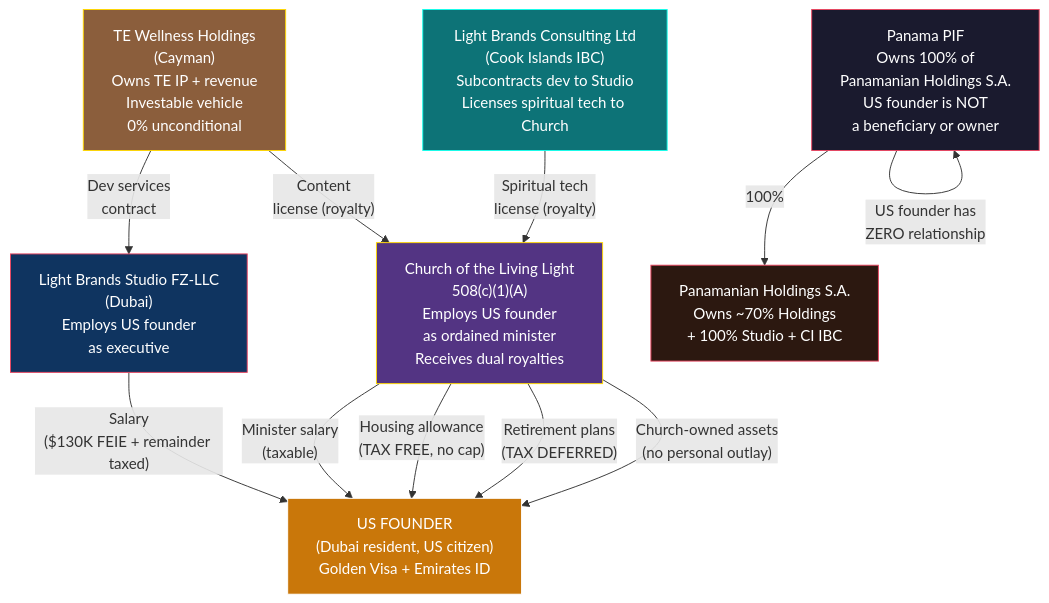
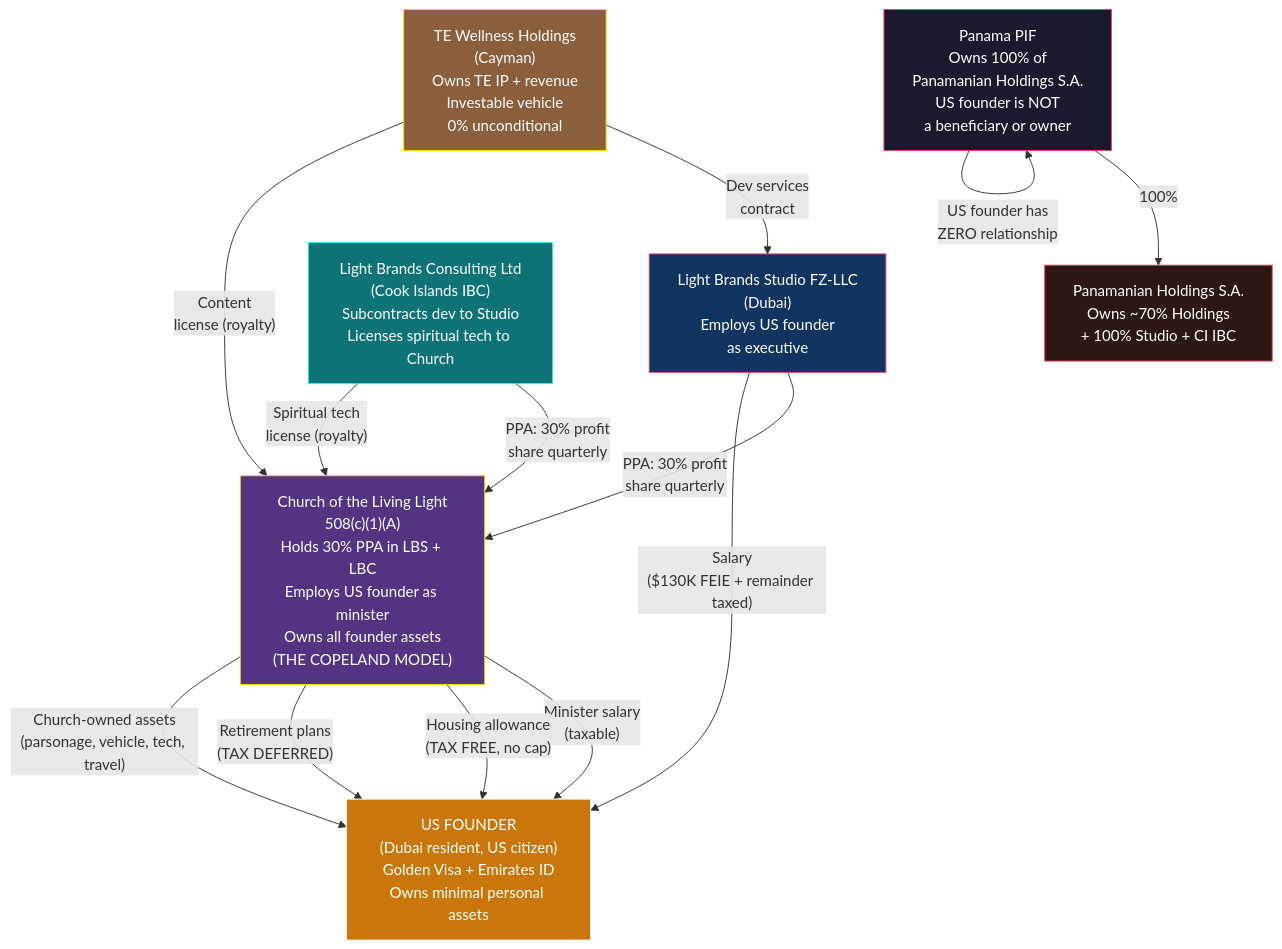
The diagram in docs/tax-structure/03-FOUNDER-GUIDE-US.md (Light-Brands/epic-center), drawn with Mermaid before and after one commit. The commit also changed other lines of this file and 4 other files, not shown here.

````diff
--- a/docs/tax-structure/03-FOUNDER-GUIDE-US.md
+++ b/docs/tax-structure/03-FOUNDER-GUIDE-US.md
@@ -18,35 +20,37 @@
 ```mermaid
 graph TB
     HOLDINGS["TE Wellness Holdings<br/>(Cayman)<br/>Owns TE IP + revenue<br/>Investable vehicle<br/>0% unconditional"]
 
     UAE["Light Brands Studio FZ-LLC<br/>(Dubai)<br/>Employs US founder<br/>as executive"]
 
     CI["Light Brands Consulting Ltd<br/>(Cook Islands IBC)<br/>Subcontracts dev to Studio<br/>Licenses spiritual tech to Church"]
 
-    CHURCH["Church of the Living Light<br/>508(c)(1)(A)<br/>Employs US founder<br/>as ordained minister<br/>Receives dual royalties"]
+    CHURCH["Church of the Living Light<br/>508(c)(1)(A)<br/>Holds 30% PPA in LBS + LBC<br/>Employs US founder as minister<br/>Owns all founder assets<br/>(THE COPELAND MODEL)"]
 
     PIF["Panama PIF<br/>Owns 100% of<br/>Panamanian Holdings S.A.<br/>US founder is NOT<br/>a beneficiary or owner"]
 
     SA["Panamanian Holdings S.A.<br/>Owns ~70% Holdings<br/>+ 100% Studio + CI IBC"]
 
-    US["US FOUNDER<br/>(Dubai resident, US citizen)<br/>Golden Visa + Emirates ID"]
+    US["US FOUNDER<br/>(Dubai resident, US citizen)<br/>Golden Visa + Emirates ID<br/>Owns minimal personal assets"]
 
     HOLDINGS -->|"Dev services<br/>contract"| UAE
     HOLDINGS -->|"Content<br/>license (royalty)"| CHURCH
+    UAE -->|"PPA: 30% profit<br/>share quarterly"| CHURCH
+    CI -->|"PPA: 30% profit<br/>share quarterly"| CHURCH
+    CI -->|"Spiritual tech<br/>license (royalty)"| CHURCH
     UAE -->|"Salary<br/>($130K FEIE + remainder taxed)"| US
-    CI -->|"Spiritual tech<br/>license (royalty)"| CHURCH
     CHURCH -->|"Minister salary<br/>(taxable)"| US
     CHURCH -->|"Housing allowance<br/>(TAX FREE, no cap)"| US
     CHURCH -->|"Retirement plans<br/>(TAX DEFERRED)"| US
-    CHURCH -->|"Church-owned assets<br/>(no personal outlay)"| US
+    CHURCH -->|"Church-owned assets<br/>(parsonage, vehicle, tech, travel)"| US
     PIF -->|"100%"| SA
     PIF -->|"US founder has<br/>ZERO relationship"| PIF
 
     style HOLDINGS fill:#8b5e3c,stroke:#ffd700,color:#fff
     style SA fill:#2c1810,stroke:#e94560,color:#fff
     style UAE fill:#0f3460,stroke:#e94560,color:#fff
     style CI fill:#0d7377,stroke:#14ffec,color:#fff
     style CHURCH fill:#533483,stroke:#ffd700,color:#fff
     style PIF fill:#1a1a2e,stroke:#e94560,color:#fff
     style US fill:#c9770a,stroke:#fff,color:#fff
 ```
````
